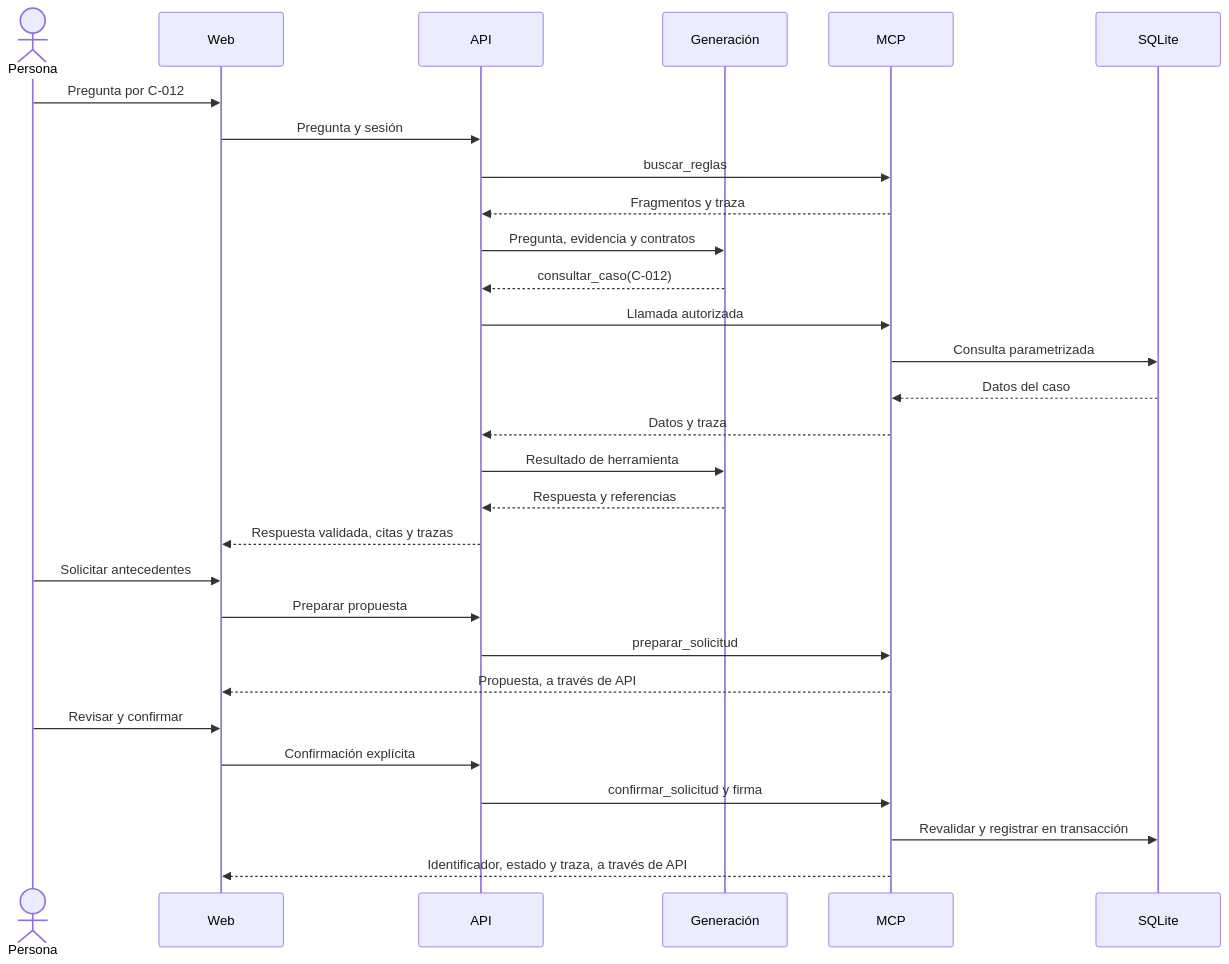
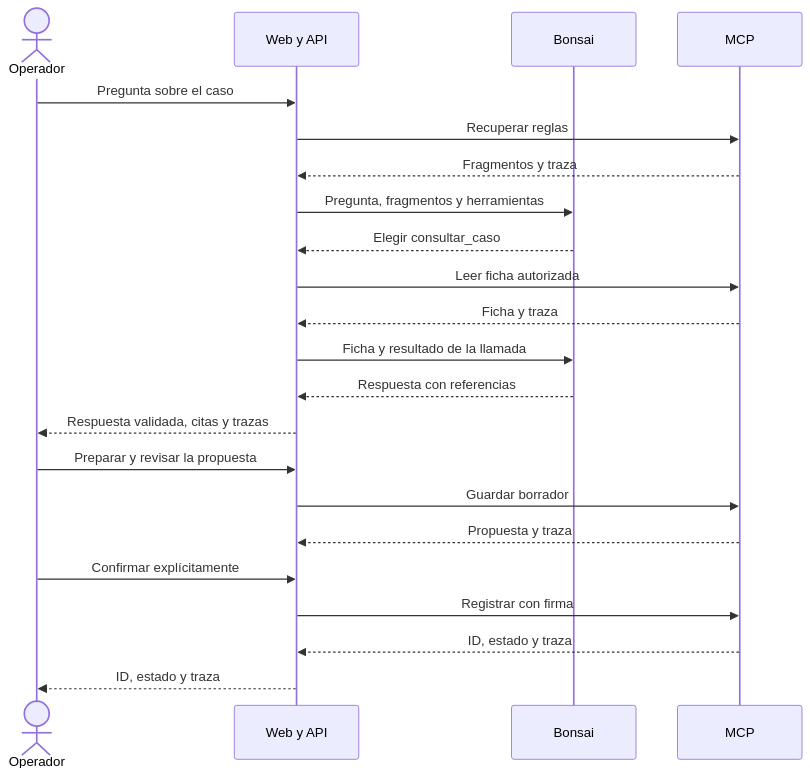
One commit to franciscameyer/LLM_E3 changed the second of 2 diagrams in INFORME_ENTREGA_3.md. Above: the diagram before and after it, drawn with Mermaid. The commit also changed other lines of this file and 15 other files, not shown here.

````diff
--- a/INFORME_ENTREGA_3.md
+++ b/INFORME_ENTREGA_3.md
@@ -193,31 +131,24 @@
 ```mermaid
 sequenceDiagram
-    actor P as Persona
-    participant W as Web
-    participant A as API
-    participant G as Generación
+    actor P as Operador
+    participant A as Web y API
+    participant G as Bonsai
     participant M as MCP
-    participant D as SQLite
-    P->>W: Pregunta por C-012
-    W->>A: Pregunta y sesión
-    A->>M: buscar_reglas
+    P->>A: Pregunta sobre el caso
+    A->>M: Recuperar reglas
     M-->>A: Fragmentos y traza
-    A->>G: Pregunta, evidencia y contratos
-    G-->>A: consultar_caso(C-012)
-    A->>M: Llamada autorizada
-    M->>D: Consulta parametrizada
-    D-->>M: Datos del caso
-    M-->>A: Datos y traza
-    A->>G: Resultado de herramienta
-    G-->>A: Respuesta y referencias
-    A-->>W: Respuesta validada, citas y trazas
-    P->>W: Solicitar antecedentes
-    W->>A: Preparar propuesta
-    A->>M: preparar_solicitud
-    M-->>W: Propuesta, a través de API
-    P->>W: Revisar y confirmar
-    W->>A: Confirmación explícita
-    A->>M: confirmar_solicitud y firma
-    M->>D: Revalidar y registrar en transacción
-    M-->>W: Identificador, estado y traza, a través de API
+    A->>G: Pregunta, fragmentos y herramientas
+    G-->>A: Elegir consultar_caso
+    A->>M: Leer ficha autorizada
+    M-->>A: Ficha y traza
+    A->>G: Ficha y resultado de la llamada
+    G-->>A: Respuesta con referencias
+    A-->>P: Respuesta validada, citas y trazas
+    P->>A: Preparar y revisar la propuesta
+    A->>M: Guardar borrador
+    M-->>A: Propuesta y traza
+    P->>A: Confirmar explícitamente
+    A->>M: Registrar con firma
+    M-->>A: ID, estado y traza
+    A-->>P: ID, estado y traza
 ```
````
